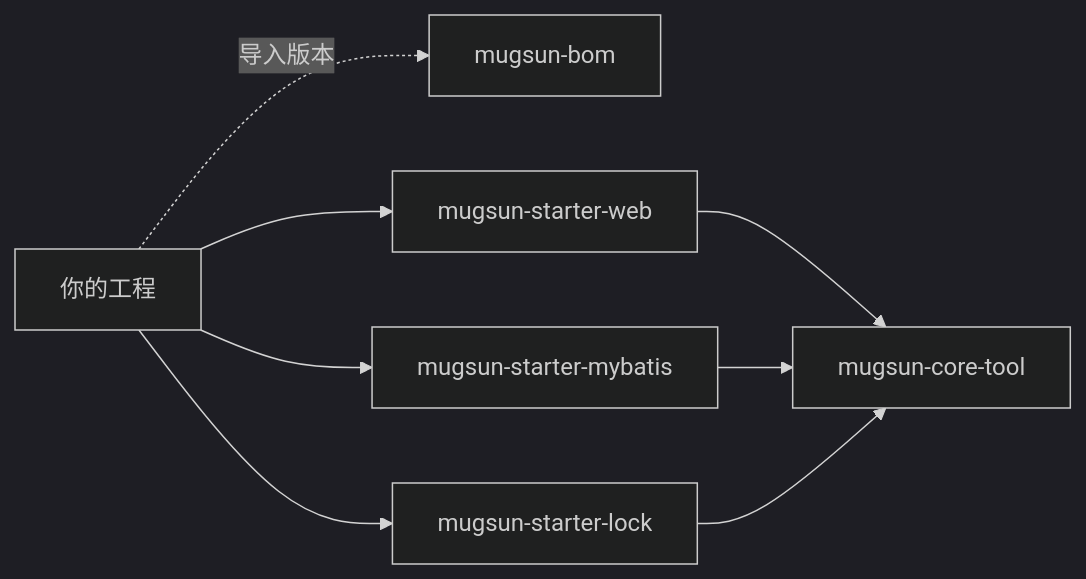
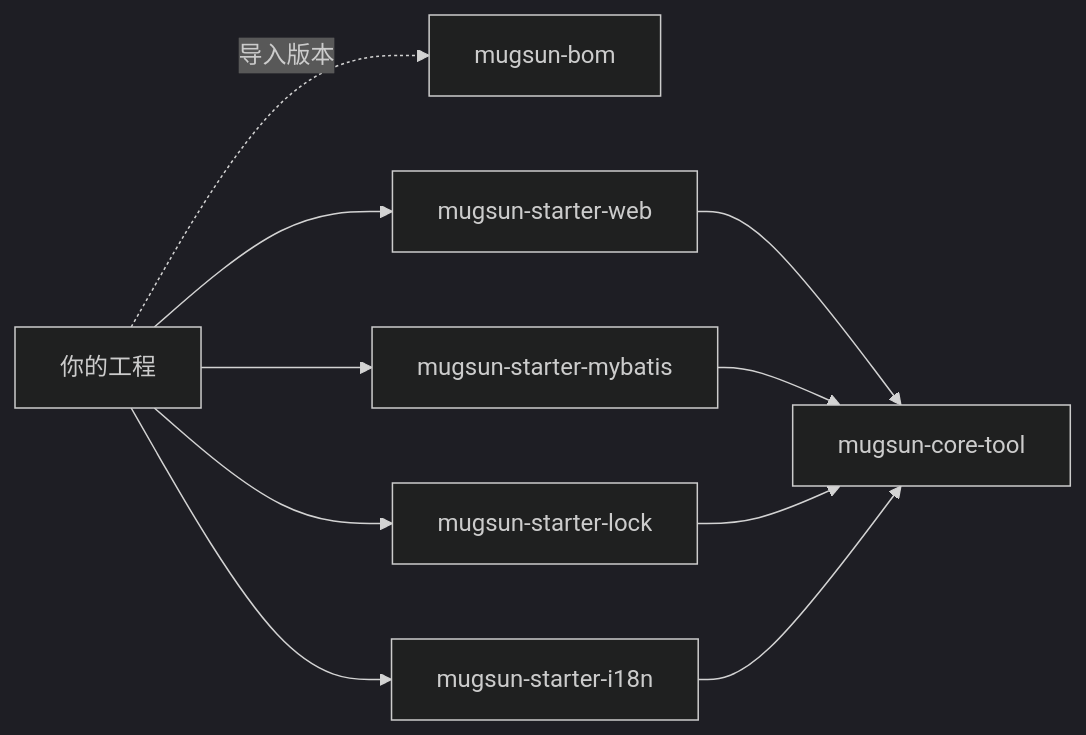
One commit to mugsun/mugsun-core changed the diagram in README.md. Above: the diagram before and after it, drawn with Mermaid (dark theme). The commit also changed other lines of this file and 34 other files, not shown here.

First line of the commit message:
feat(i18n): 新增后端多语言组件 mugsun-starter-i18n

````diff
--- a/README.md
+++ b/README.md
@@ -111,17 +111,20 @@
 ```mermaid
 flowchart LR
     APP["你的工程"]
     BOM["mugsun-bom"]
     WEB["mugsun-starter-web"]
     MB["mugsun-starter-mybatis"]
     LOCK["mugsun-starter-lock"]
+    I18N["mugsun-starter-i18n"]
     TOOL["mugsun-core-tool"]
 
     APP -.->|"导入版本"| BOM
     APP --> WEB
     APP --> MB
     APP --> LOCK
+    APP --> I18N
     WEB --> TOOL
     MB --> TOOL
     LOCK --> TOOL
+    I18N --> TOOL
 ```
````
